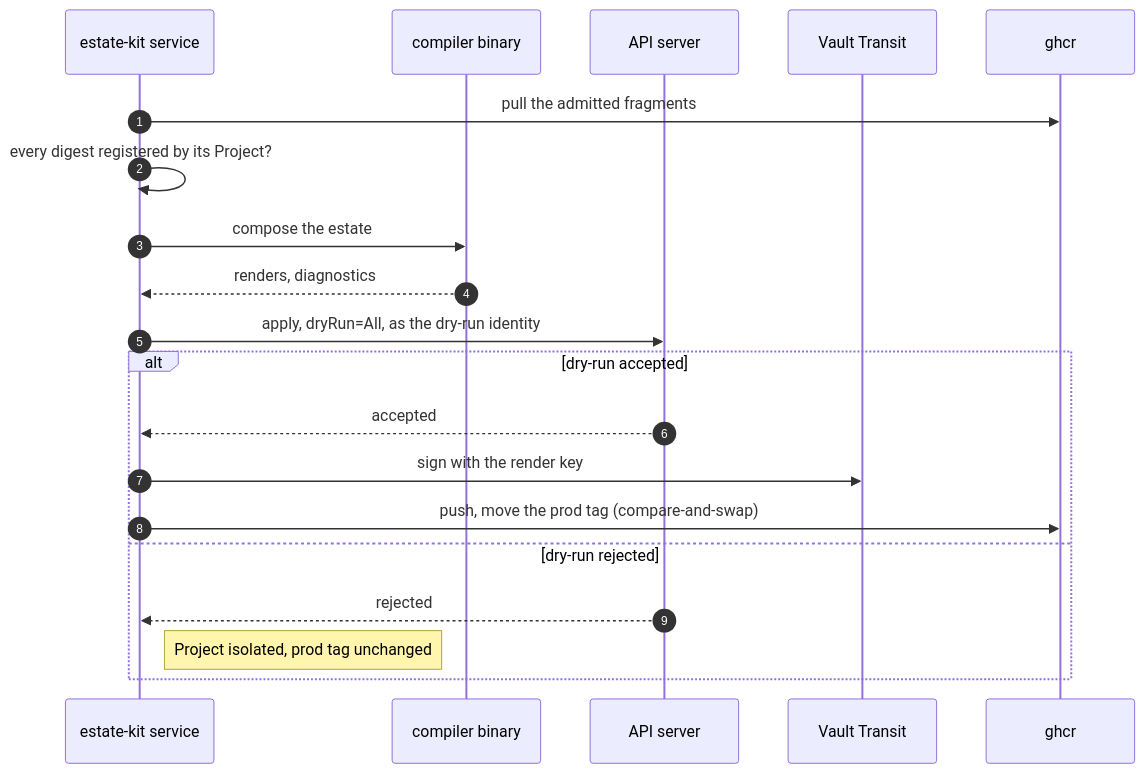
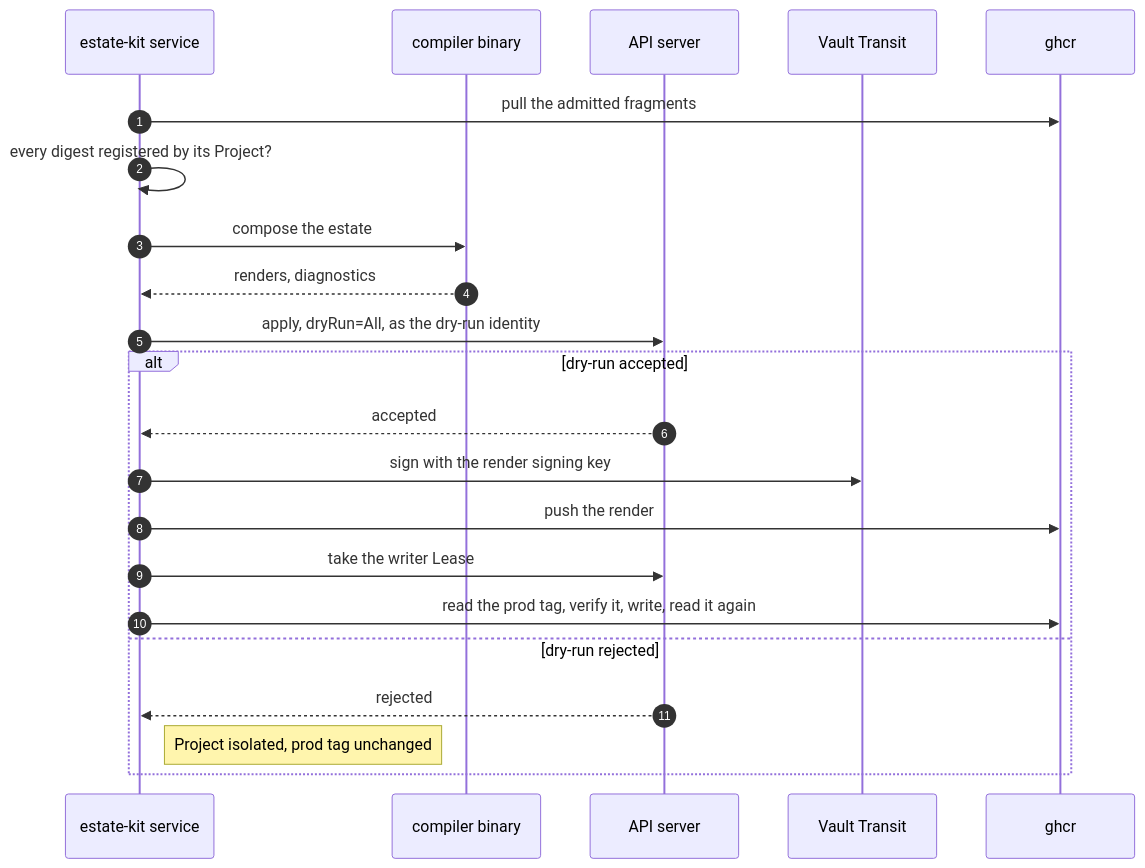
One commit to JorisJonkers-dev/estate-kit changed the diagram in docs/diagrams/raw/seq-deploy-2-dryrun.mmd. Above: the diagram before and after it, drawn with Mermaid. The commit also changed 36 other files, not shown here.

Commit message:
docs: the diagrams agree with the folded records (#135)

```diff
--- a/docs/diagrams/raw/seq-deploy-2-dryrun.mmd
+++ b/docs/diagrams/raw/seq-deploy-2-dryrun.mmd
@@ -1,21 +1,23 @@
 %% title: Deploy, step 2 of 3: compose, dry-run, sign and move the prod tag
 sequenceDiagram
     autonumber
     participant S as estate-kit service
     participant R as compiler binary
     participant K as API server
     participant V as Vault Transit
     participant O as ghcr
     S->>O: pull the admitted fragments
     S->>S: every digest registered by its Project?
     S->>R: compose the estate
     R-->>S: renders, diagnostics
     S->>K: apply, dryRun=All, as the dry-run identity
     alt dry-run accepted
         K-->>S: accepted
-        S->>V: sign with the render key
-        S->>O: push, move the prod tag (compare-and-swap)
+        S->>V: sign with the render signing key
+        S->>O: push the render
+        S->>K: take the writer Lease
+        S->>O: read the prod tag, verify it, write, read it again
     else dry-run rejected
         K-->>S: rejected
         Note right of S: Project isolated, prod tag unchanged
     end
```
